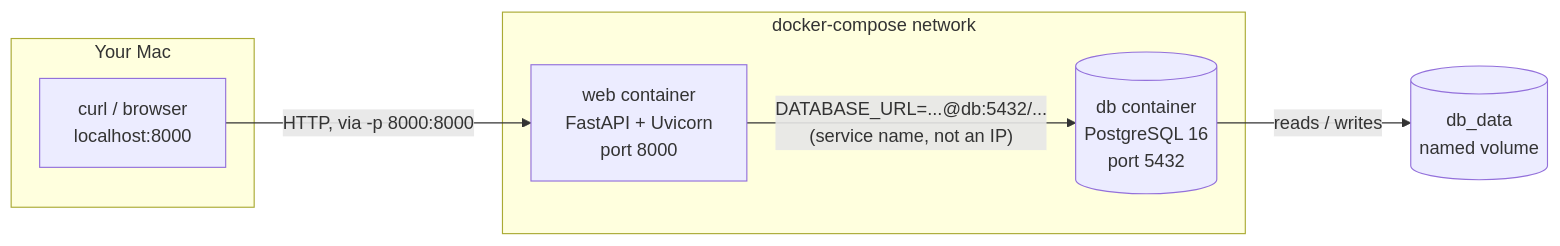
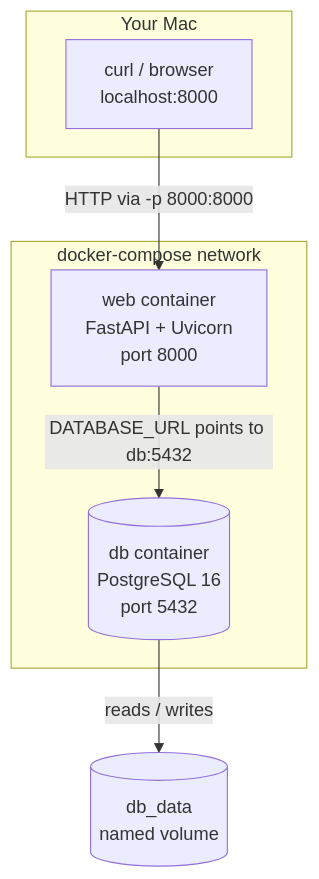
Before and after one commit to jdjagustin/docker-lab: the diagram in 02-multi-container/README.md, drawn with Mermaid.

Commit message:
Switch architecture diagram to vertical layout

````diff
--- a/02-multi-container/README.md
+++ b/02-multi-container/README.md
@@ -15,17 +15,17 @@
 ```mermaid
-flowchart LR
+flowchart TD
     subgraph host["Your Mac"]
-        client["curl / browser\nlocalhost:8000"]
+        client["curl / browser<br/>localhost:8000"]
     end
 
     subgraph net["docker-compose network"]
-        web["web container\nFastAPI + Uvicorn\nport 8000"]
-        db[("db container\nPostgreSQL 16\nport 5432")]
+        web["web container<br/>FastAPI + Uvicorn<br/>port 8000"]
+        db[("db container<br/>PostgreSQL 16<br/>port 5432")]
     end
 
-    vol[("db_data\nnamed volume")]
+    vol[("db_data<br/>named volume")]
 
-    client -- "HTTP, via -p 8000:8000" --> web
-    web -- "DATABASE_URL=...@db:5432/...\n(service name, not an IP)" --> db
+    client -- "HTTP via -p 8000:8000" --> web
+    web -- "DATABASE_URL points to db:5432" --> db
     db -- "reads / writes" --> vol
 ```
````
